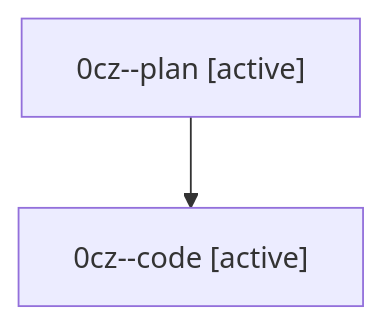
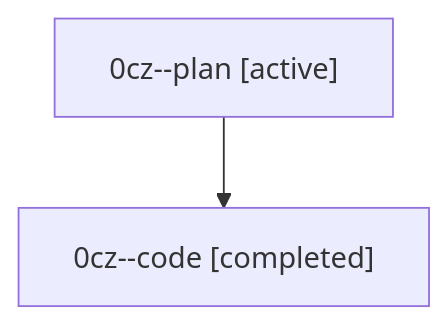
Before and after one commit to sase-org/sase--agents: the diagram in families/bbugyi200.athena.0cz.md, drawn with Mermaid. The commit also changed other lines of this file and 35830 other files, not shown here.

````diff
--- a/families/bbugyi200.athena.0cz.md
+++ b/families/bbugyi200.athena.0cz.md
@@ -9,6 +9,6 @@
 ```mermaid
 flowchart TD
   n0["0cz--plan [active]"]
-  n1["0cz--code [active]"]
+  n1["0cz--code [completed]"]
   n0 --> n1
 ```
````
